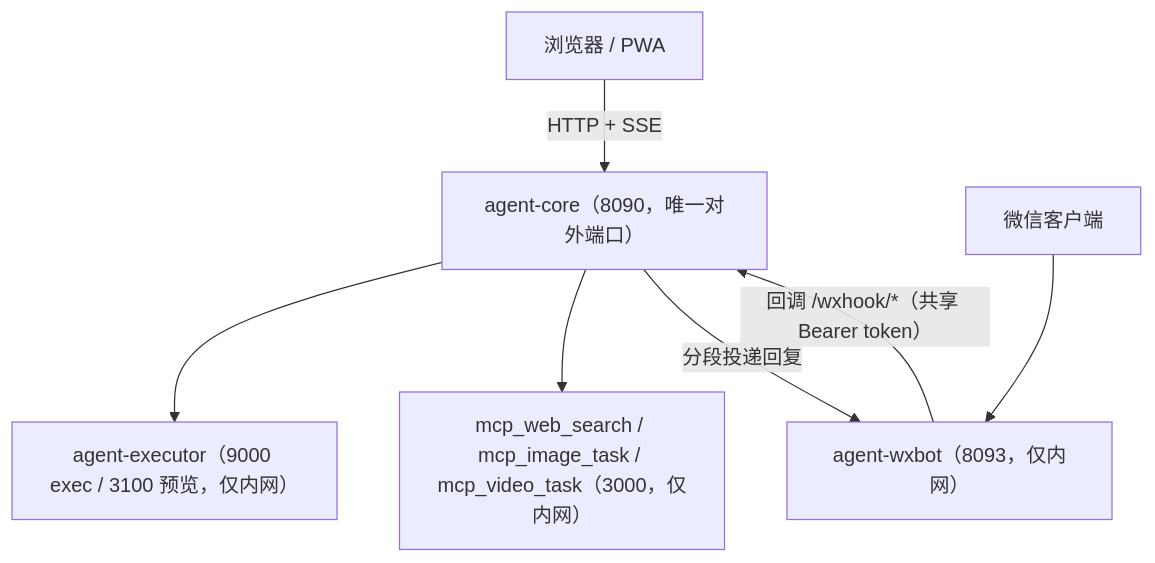
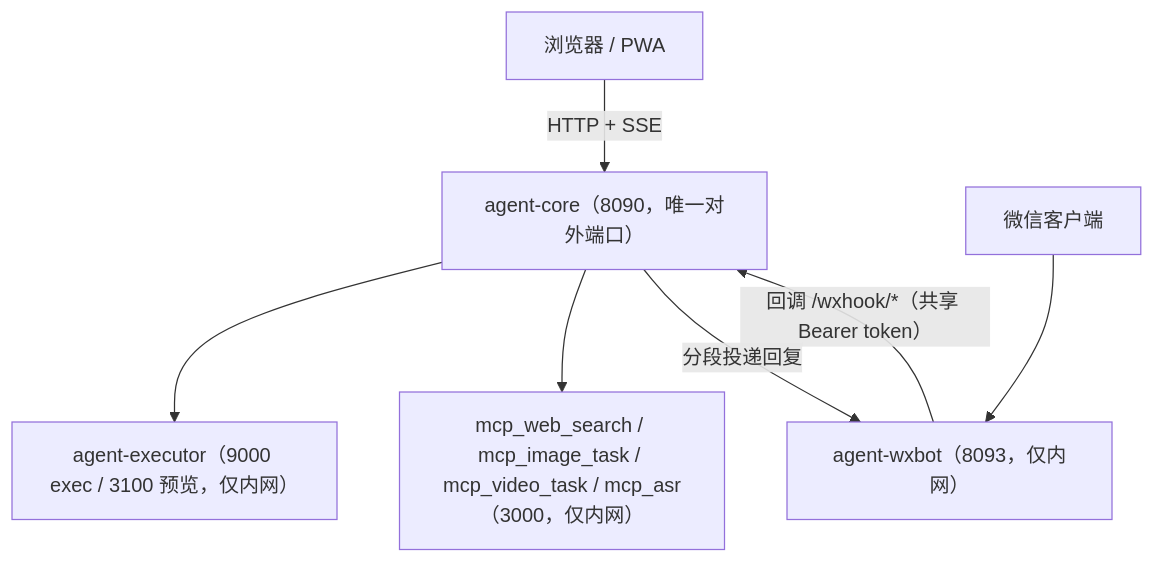
One commit to kicer/agent changed the diagram in AGENTS.md. Above: the diagram before and after it, drawn with Mermaid. The commit also changed other lines of this file and 23 other files, not shown here.

First line of the commit message:
新增语音输入（mcp_asr）与健康检查服务标识

````diff
--- a/AGENTS.md
+++ b/AGENTS.md
@@ -38,10 +38,10 @@
 ```mermaid
 flowchart TD
     B["浏览器 / PWA"] -->|"HTTP + SSE"| CORE
     W["微信客户端"] --> WXBOT["agent-wxbot（8093，仅内网）"]
     WXBOT -->|"回调 /wxhook/*（共享 Bearer token）"| CORE
     CORE["agent-core（8090，唯一对外端口）"]
     CORE --> EXEC["agent-executor（9000 exec / 3100 预览，仅内网）"]
-    CORE --> MCP["mcp_web_search / mcp_image_task / mcp_video_task（3000，仅内网）"]
+    CORE --> MCP["mcp_web_search / mcp_image_task / mcp_video_task / mcp_asr（3000，仅内网）"]
     CORE -->|"分段投递回复"| WXBOT
 ```
````
